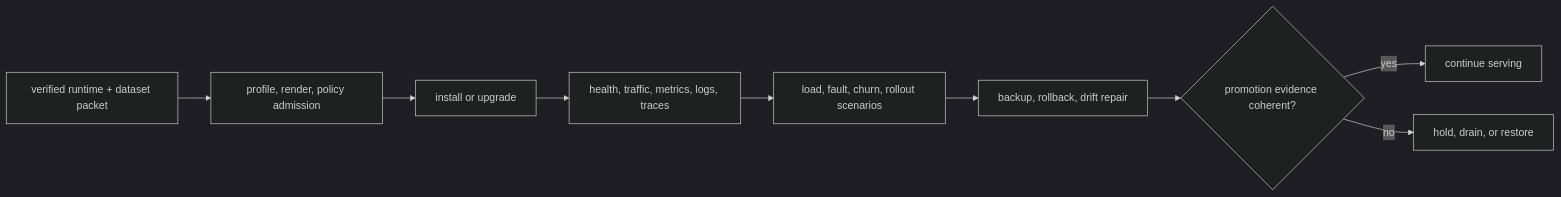
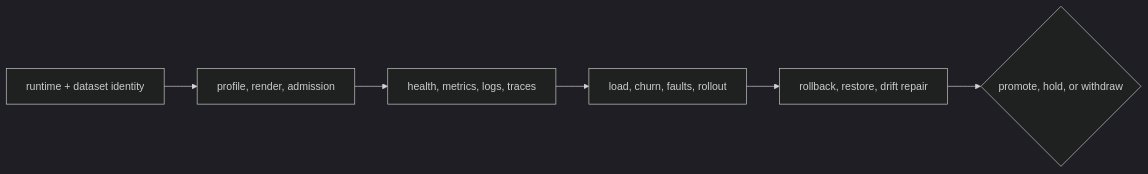
Before and after one commit to bijux/bijux-atlas: the second of 2 diagrams in README.md, drawn with Mermaid (dark theme). The commit also changed other lines of this file, not shown here.

Commit message:
docs(readme): center dataset and operations journeys

````diff
--- a/README.md
+++ b/README.md
@@ -147,11 +105,8 @@
 ```mermaid
 flowchart LR
-    Packet["verified runtime + dataset packet"] --> Admit["profile, render, policy admission"]
-    Admit --> Rollout["install or upgrade"]
-    Rollout --> Observe["health, traffic, metrics, logs, traces"]
-    Observe --> Stress["load, fault, churn, rollout scenarios"]
-    Stress --> Recover["backup, rollback, drift repair"]
-    Recover --> Decide{"promotion evidence coherent?"}
-    Decide -->|yes| Serve["continue serving"]
-    Decide -->|no| Hold["hold, drain, or restore"]
+    Identity["runtime + dataset identity"] --> Deploy["profile, render, admission"]
+    Deploy --> Observe["health, metrics, logs, traces"]
+    Observe --> Stress["load, churn, faults, rollout"]
+    Stress --> Recover["rollback, restore, drift repair"]
+    Recover --> Decide{"promote, hold, or withdraw"}
 ```
````
